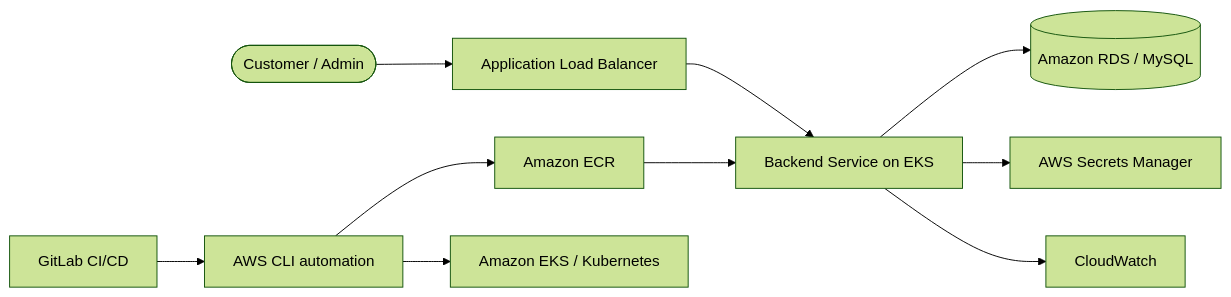
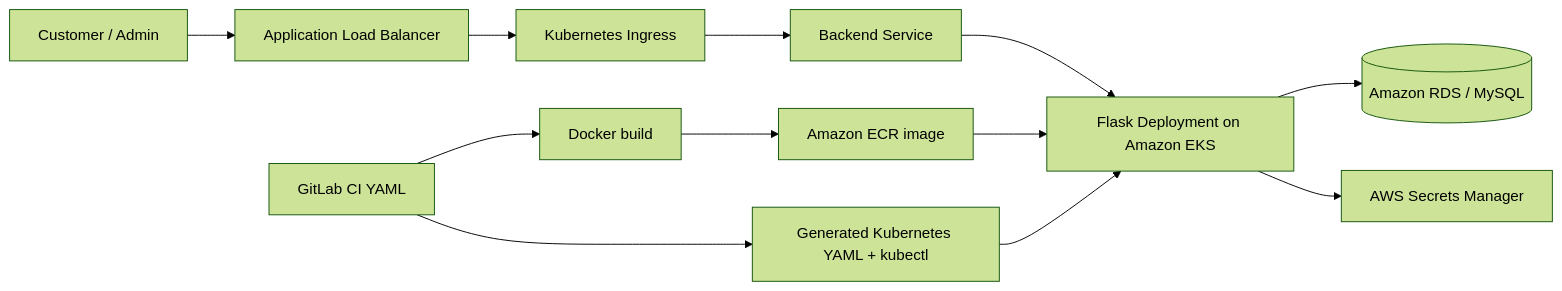
One commit to pavan-007-0/aws-3tier-cft-backend changed the diagram in README.md. Above: the diagram before and after it, drawn with Mermaid (forest theme). The commit also changed other lines of this file, not shown here.

Commit message:
docs: clarify Kubernetes YAML EKS delivery model

````diff
--- a/README.md
+++ b/README.md
@@ -11,12 +13,14 @@
 ```mermaid
 flowchart LR
-    User([Customer / Admin]) --> ALB[Application Load Balancer]
-    ALB --> Backend[Backend Service on EKS]
-    Backend --> RDS[(Amazon RDS / MySQL)]
-    Backend --> Secrets[AWS Secrets Manager]
-    ECR[Amazon ECR] --> Backend
-    CICD[GitLab CI/CD] --> AWSCLI[AWS CLI automation]
-    AWSCLI --> ECR
-    AWSCLI --> EKS[Amazon EKS / Kubernetes]
-    Backend --> CW[CloudWatch]
+    User[Customer / Admin] --> ALB[Application Load Balancer]
+    ALB --> Ingress[Kubernetes Ingress]
+    Ingress --> Service[Backend Service]
+    Service --> App[Flask Deployment on Amazon EKS]
+    App --> RDS[(Amazon RDS / MySQL)]
+    App --> Secrets[AWS Secrets Manager]
+    ECR[Amazon ECR image] --> App
+    CI[GitLab CI YAML] --> Build[Docker build]
+    Build --> ECR
+    CI --> Apply[Generated Kubernetes YAML + kubectl]
+    Apply --> App
 ```
````
